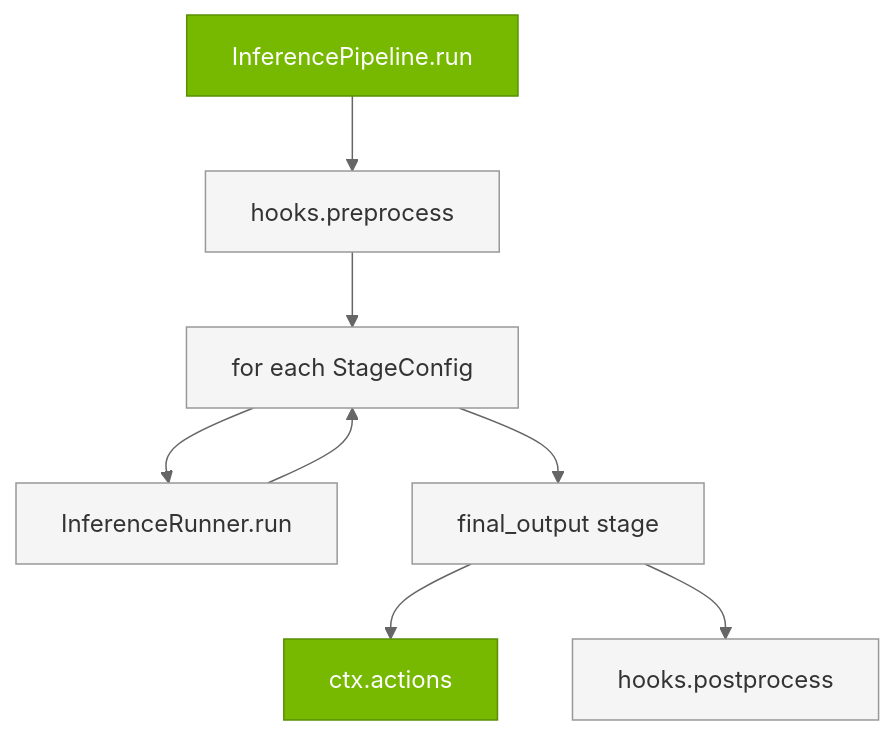
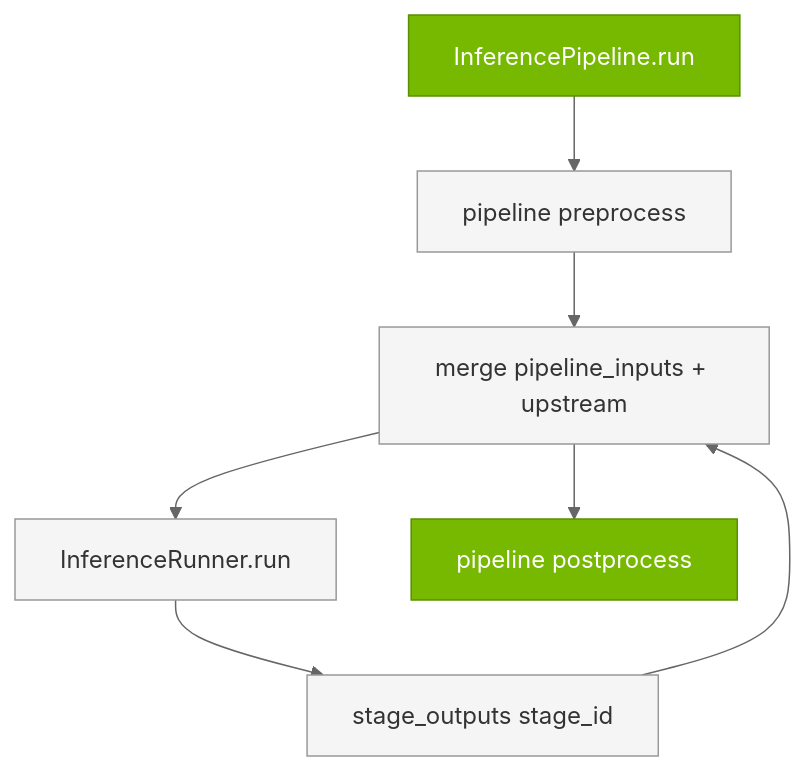
One commit to micwill755/TRT-VLA-Lowering changed the first of 3 diagrams in docs/source/developer_guide/architecture/inference-pipeline.rst. Above: the diagram before and after it, drawn with Mermaid. The commit also changed other lines of this file and 98 other files, not shown here.

```diff
--- a/docs/source/developer_guide/architecture/inference-pipeline.rst
+++ b/docs/source/developer_guide/architecture/inference-pipeline.rst
@@ -11,22 +11,20 @@
 .. mermaid::
 
    %%{init: {'theme':'neutral', 'themeVariables': {'primaryColor':'#76B900','primaryTextColor':'#fff','primaryBorderColor':'#5a8f00','lineColor':'#666','edgeLabelBackground':'#ffffff','labelTextColor':'#000','clusterBkg':'#ffffff','clusterBorder':'#999'}}}%%
    graph TB
        START[InferencePipeline.run]
-       PRE[hooks.preprocess]
-       LOOP[for each StageConfig]
+       PRE[pipeline preprocess]
+       MERGE[merge pipeline_inputs + upstream]
        RUN[InferenceRunner.run]
-       FINAL[final_output stage]
-       POST[hooks.postprocess]
-       ACT[ctx.actions]
+       OUT[stage_outputs stage_id]
+       POST[pipeline postprocess]
 
-       START --> PRE --> LOOP --> RUN
-       RUN --> LOOP
-       LOOP --> FINAL --> ACT
-       FINAL --> POST
+       START --> PRE --> MERGE --> RUN --> OUT
+       OUT --> MERGE
+       MERGE --> POST
 
        classDef nvNode fill:#76B900,stroke:#5a8f00,stroke-width:1px,color:#fff
        classDef greyNode fill:#f5f5f5,stroke:#999,stroke-width:1px,color:#333
 
-       class START,ACT nvNode
-       class PRE,LOOP,RUN,FINAL,POST greyNode
+       class START,POST nvNode
+       class PRE,MERGE,RUN,OUT greyNode
```
